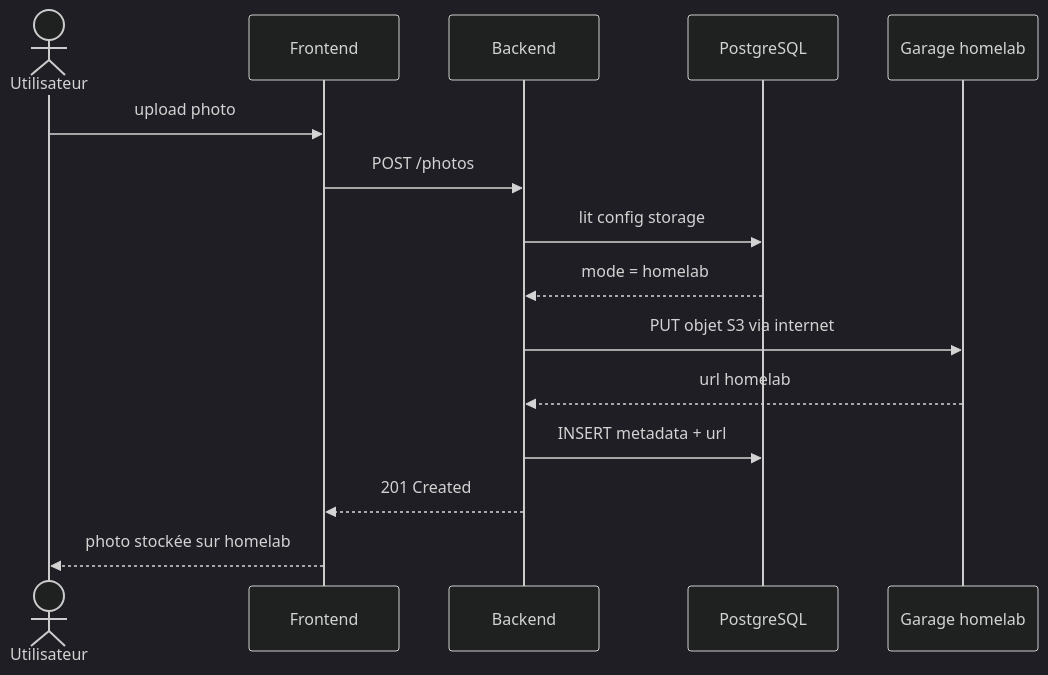
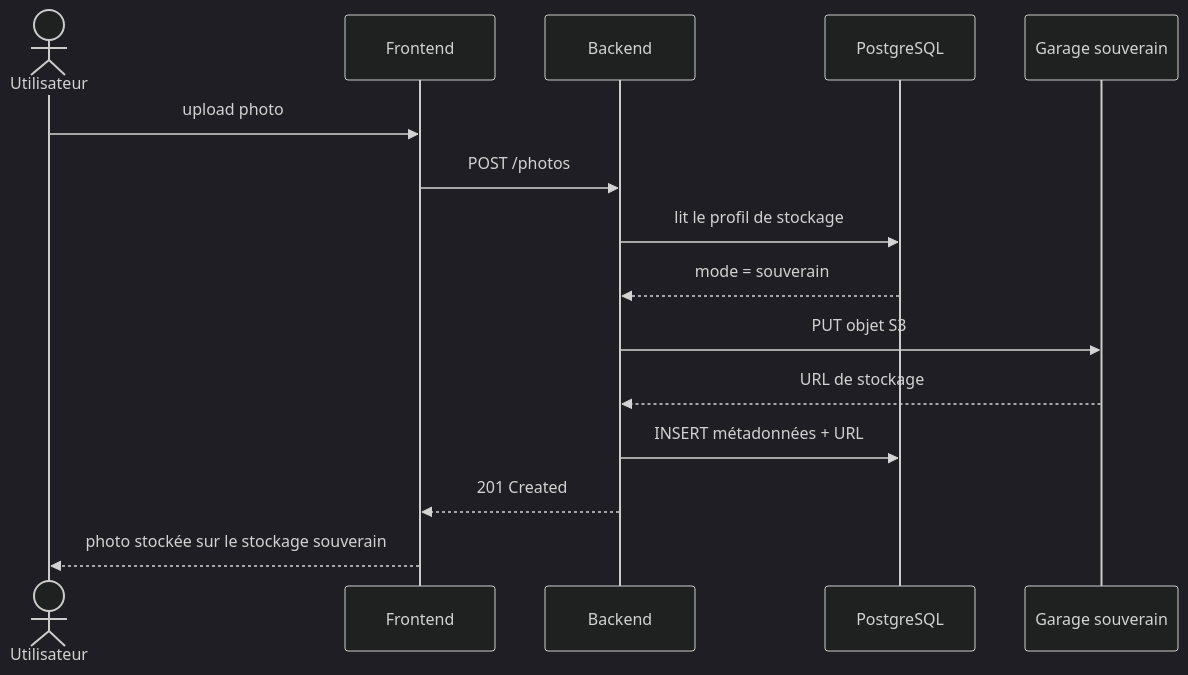
Before and after one commit to BOINAR/sovlens: the third of 3 diagrams in documentation/architecture/sequence-killer-feature.md, drawn with Mermaid. The commit also changed other lines of this file and 12 other files, not shown here.

Commit message:
docs: complete architecture and database documentation

````diff
--- a/documentation/architecture/sequence-killer-feature.md
+++ b/documentation/architecture/sequence-killer-feature.md
@@ -49,19 +53,19 @@
 ```mermaid
 %%{init: {'theme': 'dark', 'themeVariables': {'fontSize': '16px'}}}%%
 sequenceDiagram
   actor U as Utilisateur
   participant F as Frontend
   participant B as Backend
   participant DB as PostgreSQL
-  participant GH as Garage homelab
+  participant GS as Garage souverain
 
   U->>F: upload photo
   F->>B: POST /photos
-  B->>DB: lit config storage
-  DB-->>B: mode = homelab
-  B->>GH: PUT objet S3 via internet
-  GH-->>B: url homelab
-  B->>DB: INSERT metadata + url
+  B->>DB: lit le profil de stockage
+  DB-->>B: mode = souverain
+  B->>GS: PUT objet S3
+  GS-->>B: URL de stockage
+  B->>DB: INSERT métadonnées + URL
   B-->>F: 201 Created
-  F-->>U: photo stockée sur homelab
+  F-->>U: photo stockée sur le stockage souverain
 ```
````
